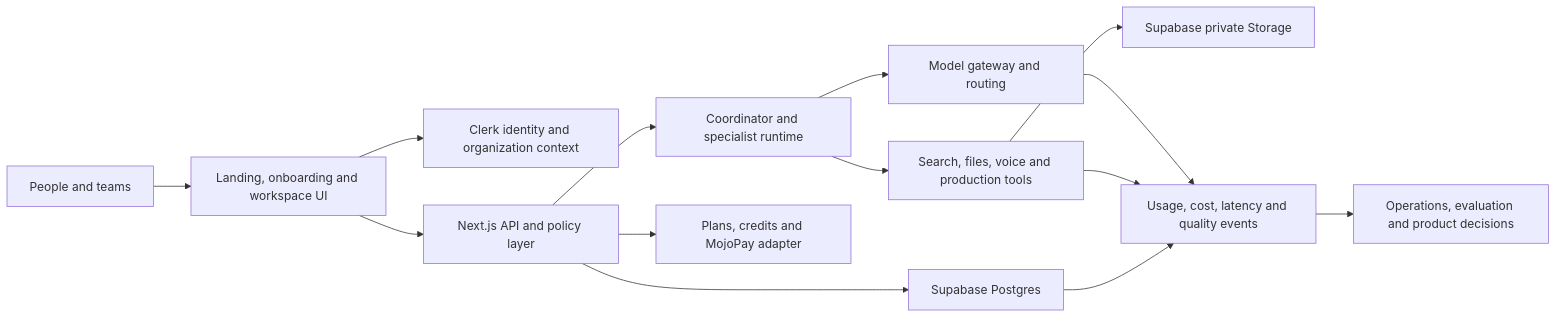
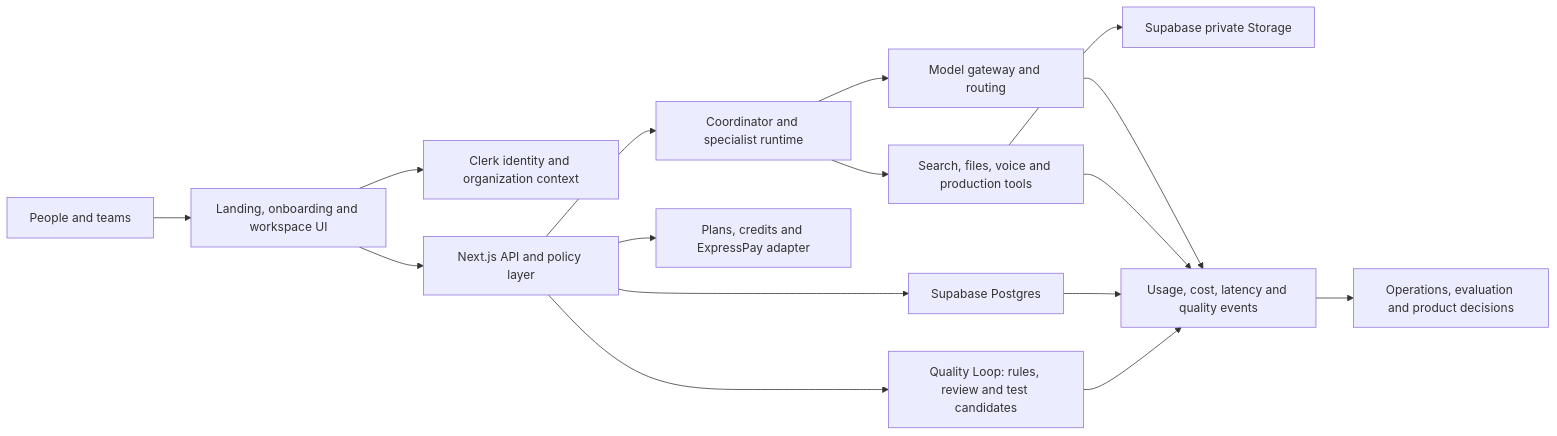
Before and after one commit to bamideletewogbade/ai360-lab: the first of 2 diagrams in SYSTEM_ARCHITECTURE.md, drawn with Mermaid. The commit also changed other lines of this file and 60 other files, not shown here.

````diff
--- a/SYSTEM_ARCHITECTURE.md
+++ b/SYSTEM_ARCHITECTURE.md
@@ -55,16 +55,18 @@
 ```mermaid
 flowchart LR
   U["People and teams"] --> X["Landing, onboarding and workspace UI"]
   X --> I["Clerk identity and organization context"]
   X --> A["Next.js API and policy layer"]
   A --> O["Coordinator and specialist runtime"]
   O --> M["Model gateway and routing"]
   O --> T["Search, files, voice and production tools"]
   A --> D["Supabase Postgres"]
+  A --> Q["Quality Loop: rules, review and test candidates"]
   T --> S["Supabase private Storage"]
-  A --> B["Plans, credits and MojoPay adapter"]
+  A --> B["Plans, credits and ExpressPay adapter"]
   M --> E["Usage, cost, latency and quality events"]
   T --> E
   D --> E
+  Q --> E
   E --> R["Operations, evaluation and product decisions"]
 ```
````
